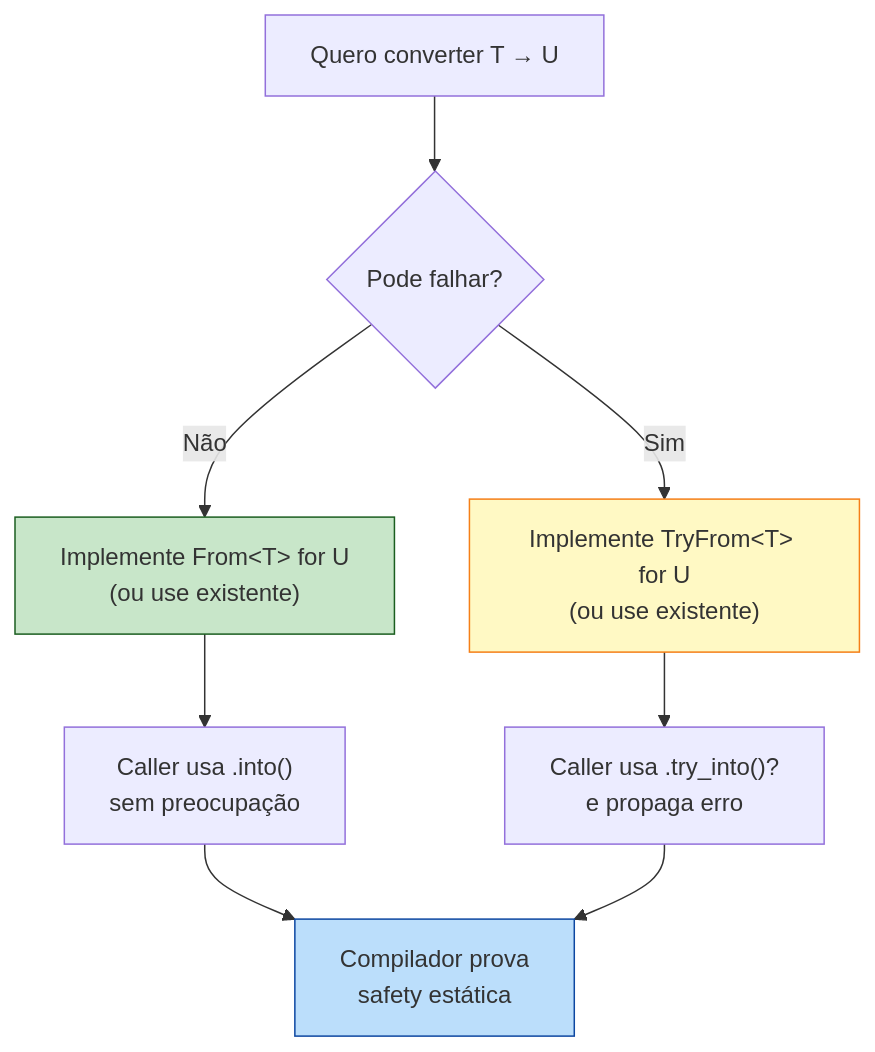
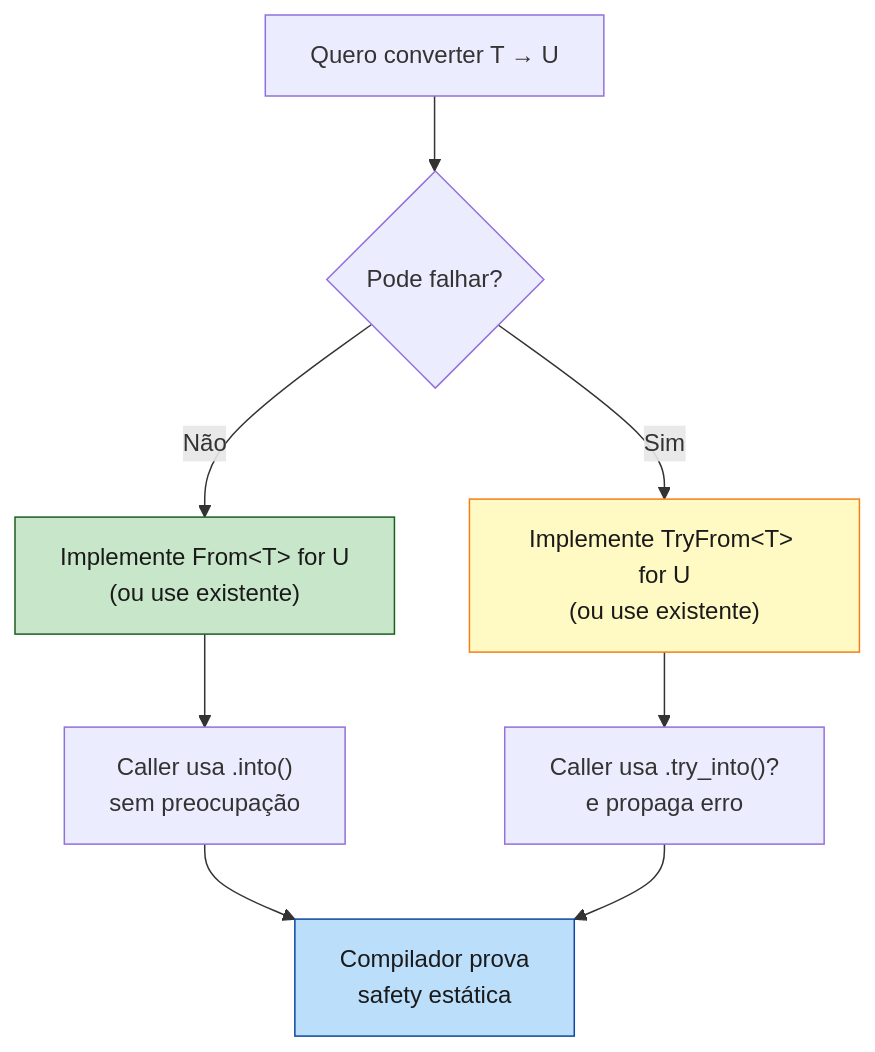
One commit to Felipeness/ferro-e-espirito changed the second of 2 diagrams in book/part-03-types-and-syntax/ch08-inferencia-e-conversao.md. Above: the diagram before and after it, drawn with Mermaid. The commit also changed other lines of this file and 56 other files, not shown here.

First line of the commit message:
fix: contraste de texto em diagramas mermaid

````diff
--- a/book/part-03-types-and-syntax/ch08-inferencia-e-conversao.md
+++ b/book/part-03-types-and-syntax/ch08-inferencia-e-conversao.md
@@ -399,14 +399,14 @@
 ```mermaid
 flowchart TD
     A[Quero converter T → U] --> B{Pode falhar?}
     B -- Não --> C["Implemente From&lt;T&gt; for U<br/>(ou use existente)"]
     B -- Sim --> D["Implemente TryFrom&lt;T&gt; for U<br/>(ou use existente)"]
     C --> E["Caller usa .into()<br/>sem preocupação"]
     D --> F["Caller usa .try_into()?<br/>e propaga erro"]
     E --> G[Compilador prova<br/>safety estática]
     F --> G
 
-    style C fill:#c8e6c9,stroke:#1b5e20
-    style D fill:#fff9c4,stroke:#f57f17
-    style G fill:#bbdefb,stroke:#0d47a1
+    style C fill:#c8e6c9,stroke:#1b5e20,color:#1a1a1a
+    style D fill:#fff9c4,stroke:#f57f17,color:#1a1a1a
+    style G fill:#bbdefb,stroke:#0d47a1,color:#1a1a1a
 ```
````
